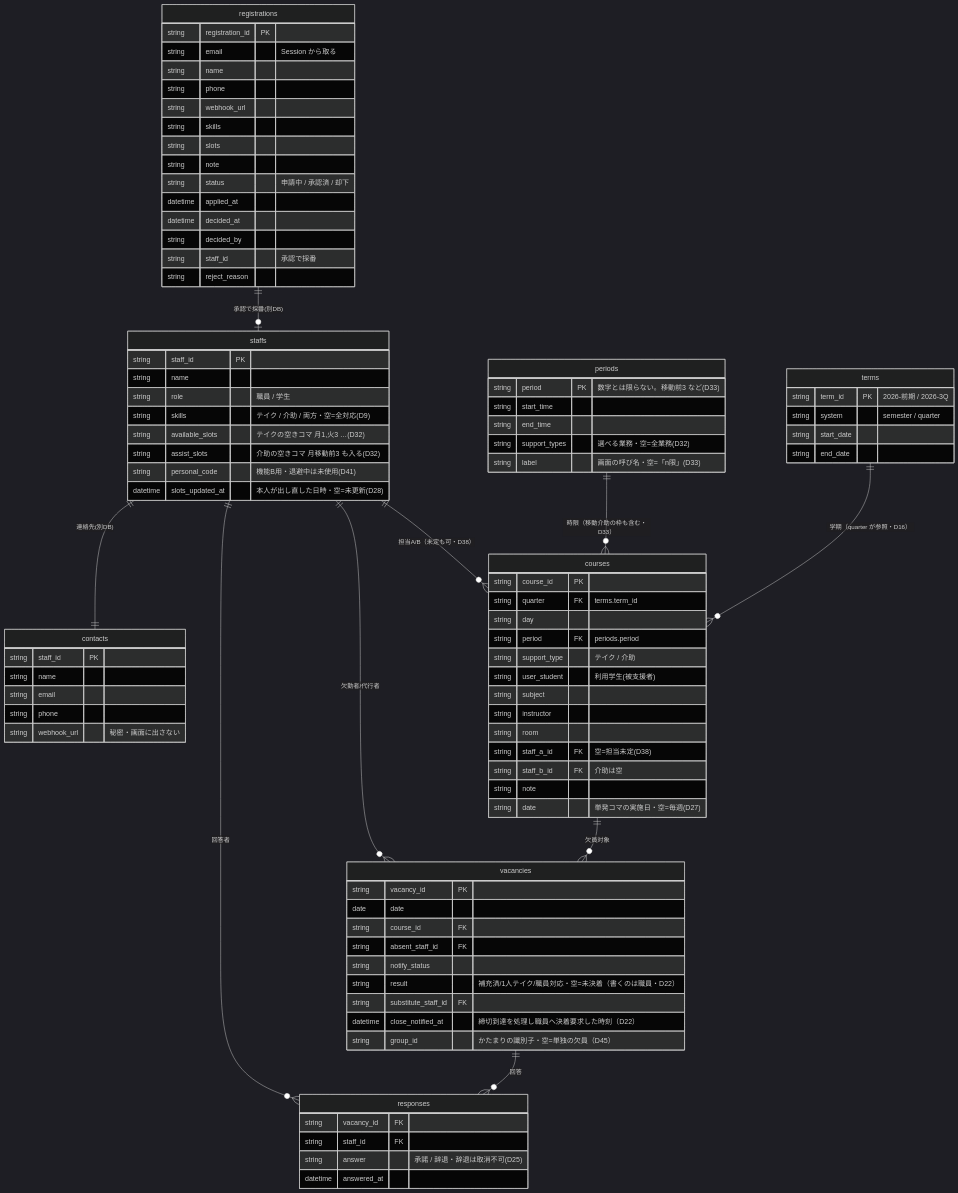
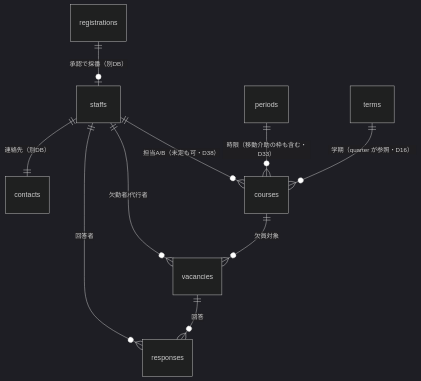
One commit to Nakano-official/takeover changed the second of 3 diagrams in docs/spec/architecture.md. Above: the diagram before and after it, drawn with Mermaid (dark theme). The commit also changed other lines of this file, not shown here.

First line of the commit message:
docs(architecture): ER図を「関係の図＋列の表」に分け、通知フローに D45 を足す

````diff
--- a/docs/spec/architecture.md
+++ b/docs/spec/architecture.md
@@ -228,85 +228,6 @@
     staffs   ||--o{ vacancies  : "欠勤者/代行者"
     vacancies ||--o{ responses : "回答"
     staffs   ||--o{ responses  : "回答者"
-    staffs   ||--|| contacts   : "連絡先(別DB)"
-    registrations ||--o| staffs : "承認で採番(別DB)"
-
-    staffs {
-        string staff_id PK
-        string name
-        string role "職員 / 学生"
-        string skills "テイク / 介助 / 両方・空=全対応(D9)"
-        string available_slots "テイクの空きコマ 月1,火3 …(D32)"
-        string assist_slots "介助の空きコマ 月移動前3 も入る(D32)"
-        string personal_code "機能B用・退避中は未使用(D41)"
-        datetime slots_updated_at "本人が出し直した日時・空=未更新(D28)"
-    }
-    courses {
-        string course_id PK
-        string quarter FK "terms.term_id"
-        string day
-        string period FK "periods.period"
-        string support_type "テイク / 介助"
-        string user_student "利用学生(被支援者)"
-        string subject
-        string instructor
-        string room
-        string staff_a_id FK "空=担当未定(D38)"
-        string staff_b_id FK "介助は空"
-        string note
-        string date "単発コマの実施日・空=毎週(D27)"
-    }
-    vacancies {
-        string vacancy_id PK
-        date   date
-        string course_id FK
-        string absent_staff_id FK
-        string notify_status
-        string result "補充済/1人テイク/職員対応・空=未決着（書くのは職員・D22）"
-        string substitute_staff_id FK
-        datetime close_notified_at "締切到達を処理し職員へ決着要求した時刻（D22）"
-        string group_id "かたまりの識別子・空=単独の欠員（D45）"
-    }
-    responses {
-        string vacancy_id FK
-        string staff_id FK
-        string answer "承諾 / 辞退・辞退は取消不可(D25)"
-        datetime answered_at
-    }
-    periods {
-        string period PK "数字とは限らない。移動前3 など(D33)"
-        string start_time
-        string end_time
-        string support_types "選べる業務・空=全業務(D32)"
-        string label "画面の呼び名・空=「n限」(D33)"
-    }
-    terms {
-        string term_id PK "2026-前期 / 2026-3Q"
-        string system "semester / quarter"
-        string start_date
-        string end_date
-    }
-    contacts {
-        string staff_id PK
-        string name
-        string email
-        string phone
-        string webhook_url "秘密・画面に出さない"
-    }
-    registrations {
-        string registration_id PK
-        string email "Session から取る"
-        string name
-        string phone
-        string webhook_url
-        string skills
-        string slots
-        string note
-        string status "申請中 / 承認済 / 却下"
-        datetime applied_at
-        datetime decided_at
-        string decided_by
-        string staff_id "承認で採番"
-        string reject_reason
-    }
+    staffs   ||--|| contacts   : "連絡先（別DB）"
+    registrations ||--o| staffs : "承認で採番（別DB）"
 ```
````
